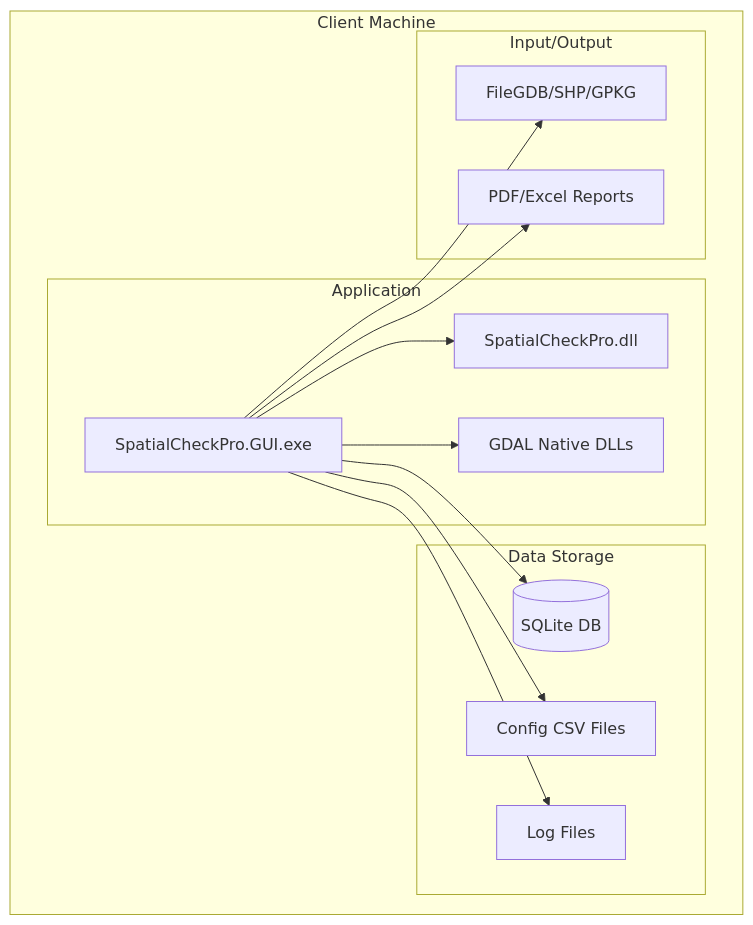
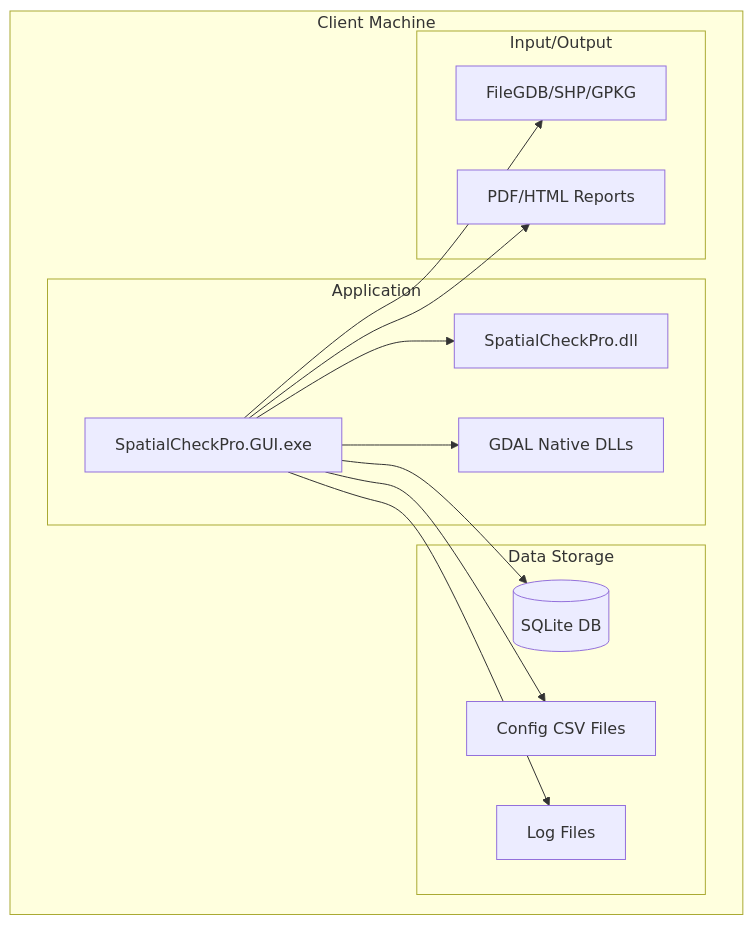
One commit to wgsystem-1/SpatialCheckPro changed the sixth of 8 diagrams in SpatialCheckPro_아키텍처_다이어그램.md. Above: the diagram before and after it, drawn with Mermaid. The commit also changed other lines of this file and 40 other files, not shown here.

````diff
--- a/SpatialCheckPro_아키텍처_다이어그램.md
+++ b/SpatialCheckPro_아키텍처_다이어그램.md
@@ -298,29 +303,29 @@
 ```mermaid
 graph TB
     subgraph "Client Machine"
         subgraph "Application"
             EXE[SpatialCheckPro.GUI.exe]
             DLL1[SpatialCheckPro.dll]
             DLL2[GDAL Native DLLs]
         end
         
         subgraph "Data Storage"
             DB[(SQLite DB)]
             CONFIG[Config CSV Files]
             LOGS[Log Files]
         end
         
         subgraph "Input/Output"
             INPUT[FileGDB/SHP/GPKG]
-            OUTPUT[PDF/Excel Reports]
+            OUTPUT[PDF/HTML Reports]
         end
     end
     
     EXE --> DLL1
     EXE --> DLL2
     EXE --> DB
     EXE --> CONFIG
     EXE --> LOGS
     EXE --> INPUT
     EXE --> OUTPUT
 ```
````
